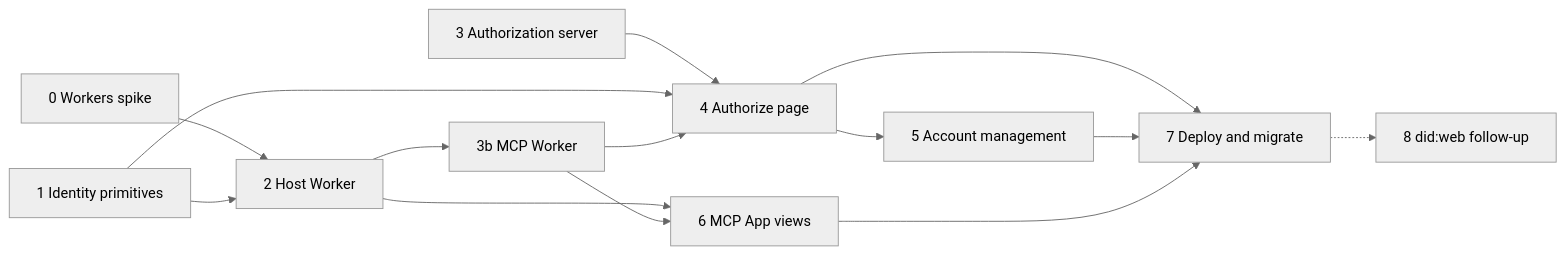
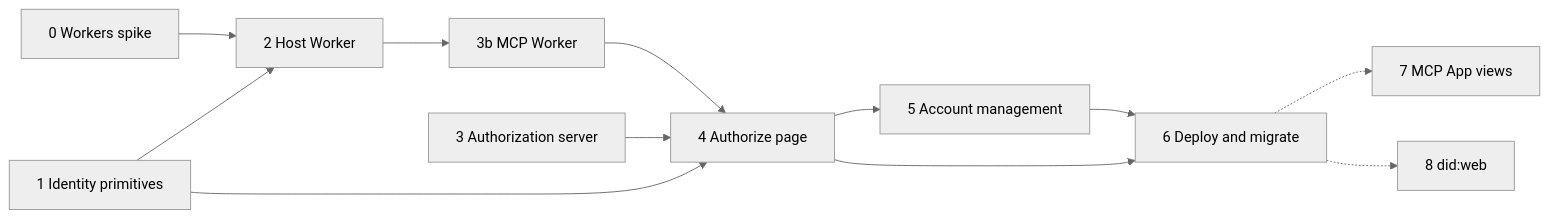
One commit to tonk-labs/tonk changed the seventh of 7 diagrams in plans/2026-10-28-hosted-agent-peer.md. Above: the diagram before and after it, drawn with Mermaid (neutral theme). The commit also changed other lines of this file, not shown here.

Commit message:
plans: views long-poll a watch tool through the host, moved to a later stage

````diff
--- a/plans/2026-10-28-hosted-agent-peer.md
+++ b/plans/2026-10-28-hosted-agent-peer.md
@@ -238,16 +255,14 @@
 ```mermaid
 flowchart LR
   S0[0 Workers spike] --> S2
   S1[1 Identity primitives] --> S2[2 Host Worker]
   S2 --> S3b[3b MCP Worker]
   S3[3 Authorization server] --> S4[4 Authorize page]
   S1 --> S4
   S3b --> S4
   S4 --> S5[5 Account management]
-  S2 --> S6[6 MCP App views]
-  S3b --> S6
-  S4 --> S7[7 Deploy and migrate]
-  S5 --> S7
-  S6 --> S7
-  S7 -.-> S8[8 did:web follow-up]
+  S4 --> S6[6 Deploy and migrate]
+  S5 --> S6
+  S6 -.-> S7[7 MCP App views]
+  S6 -.-> S8[8 did:web]
 ```
````
